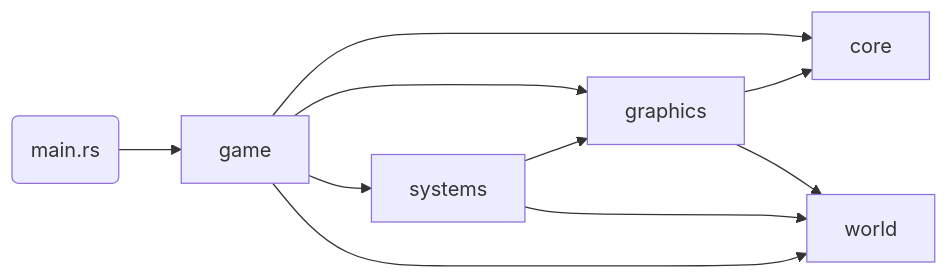
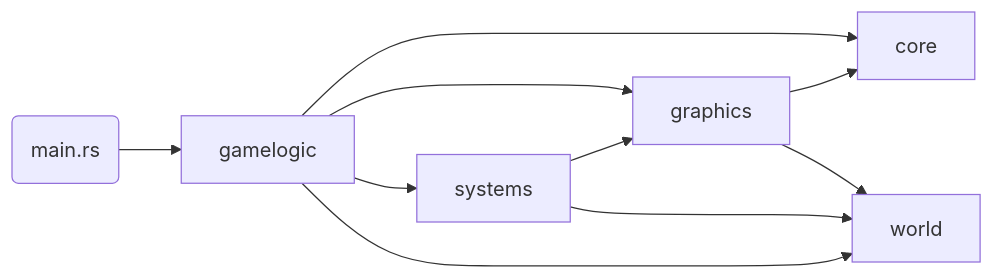
One commit to tim-oster/voxel-rs changed the diagram in README.md. Above: the diagram before and after it, drawn with Mermaid. The commit also changed 29 other files, not shown here.

````diff
--- a/README.md
+++ b/README.md
@@ -5,12 +5,12 @@
 ```mermaid
 flowchart LR
-    main(main.rs) --> game
-    game --> core
-    game --> graphics
-    game --> systems
-    game --> world
+    main(main.rs) --> gamelogic
+    gamelogic --> core
+    gamelogic --> graphics
+    gamelogic --> systems
+    gamelogic --> world
     graphics --> core
     graphics --> world
     systems --> graphics
     systems --> world
 ```
````
